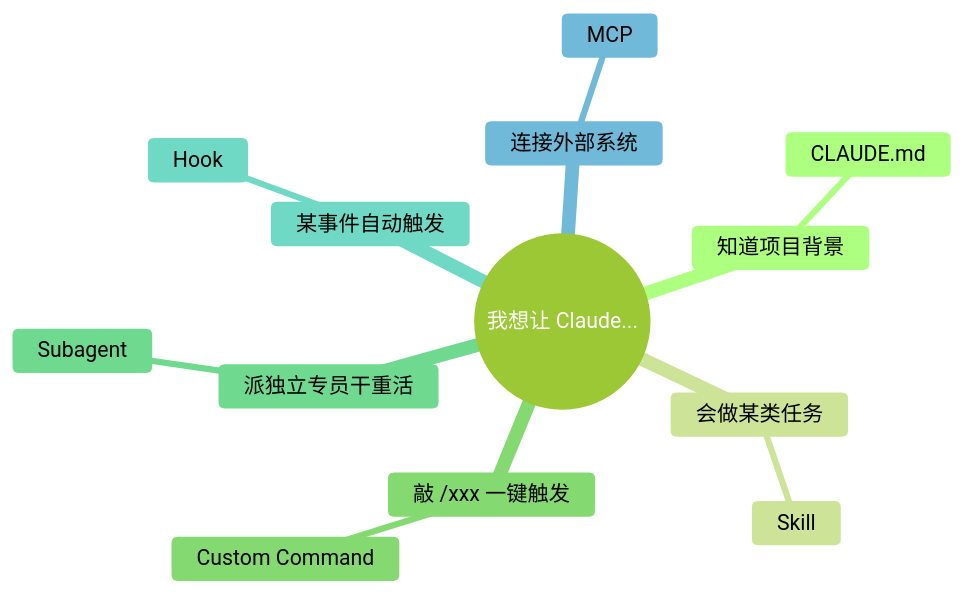
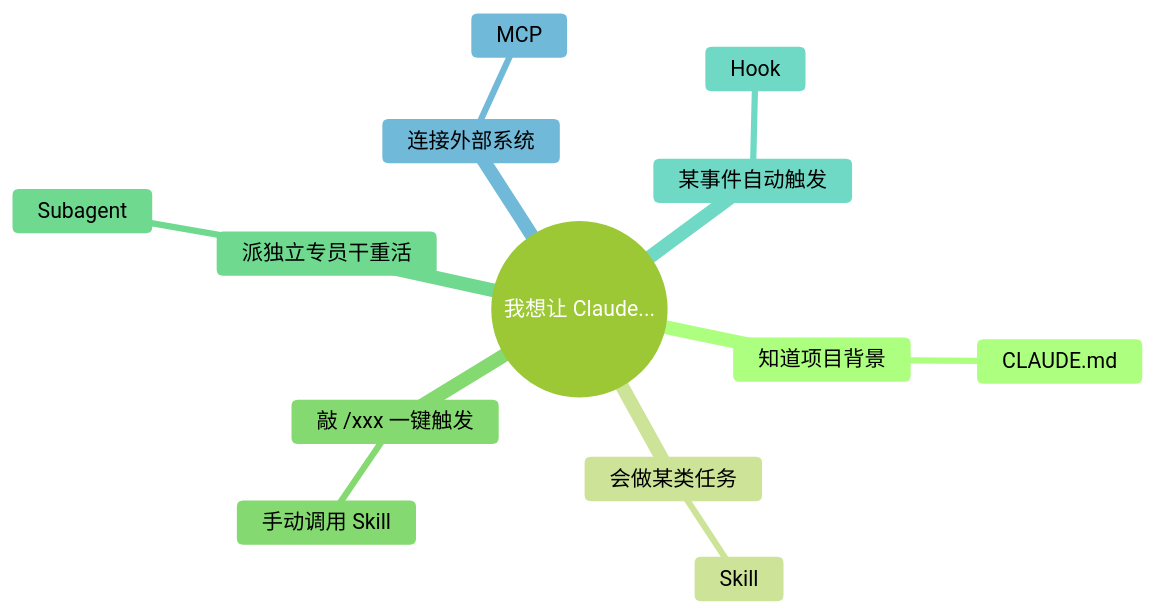
The fifth of 5 diagrams in manuscript/附录/D-决策流程图.md (mali9527/claude-code-full-guide-for-beginners), drawn with Mermaid before and after one commit. The commit also changed other lines of this file and 130 other files, not shown here.

````diff
--- a/manuscript/附录/D-决策流程图.md
+++ b/manuscript/附录/D-决策流程图.md
@@ -136,24 +133,24 @@
 ```mermaid
 ---
 config:
   theme: forest
   themeVariables:
     fontFamily: "-apple-system, 'SF Pro Text', 'PingFang SC', 'Helvetica Neue', sans-serif"
     fontSize: "17px"
     lineColor: "#D9D9D9"
 ---
 mindmap
   root((我想让 Claude...))
     知道项目背景
       CLAUDE.md
     会做某类任务
       Skill
     敲 /xxx 一键触发
-      Custom Command
+      手动调用 Skill
     派独立专员干重活
       Subagent
     某事件自动触发
       Hook
     连接外部系统
       MCP
 ```
````
